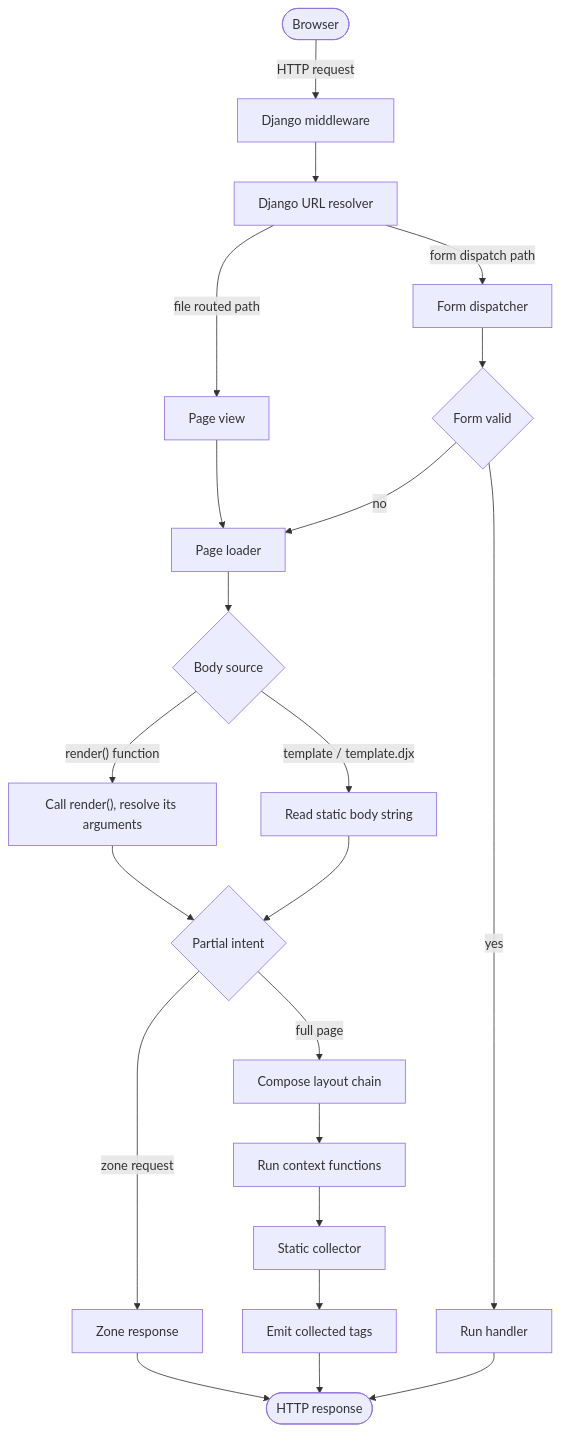
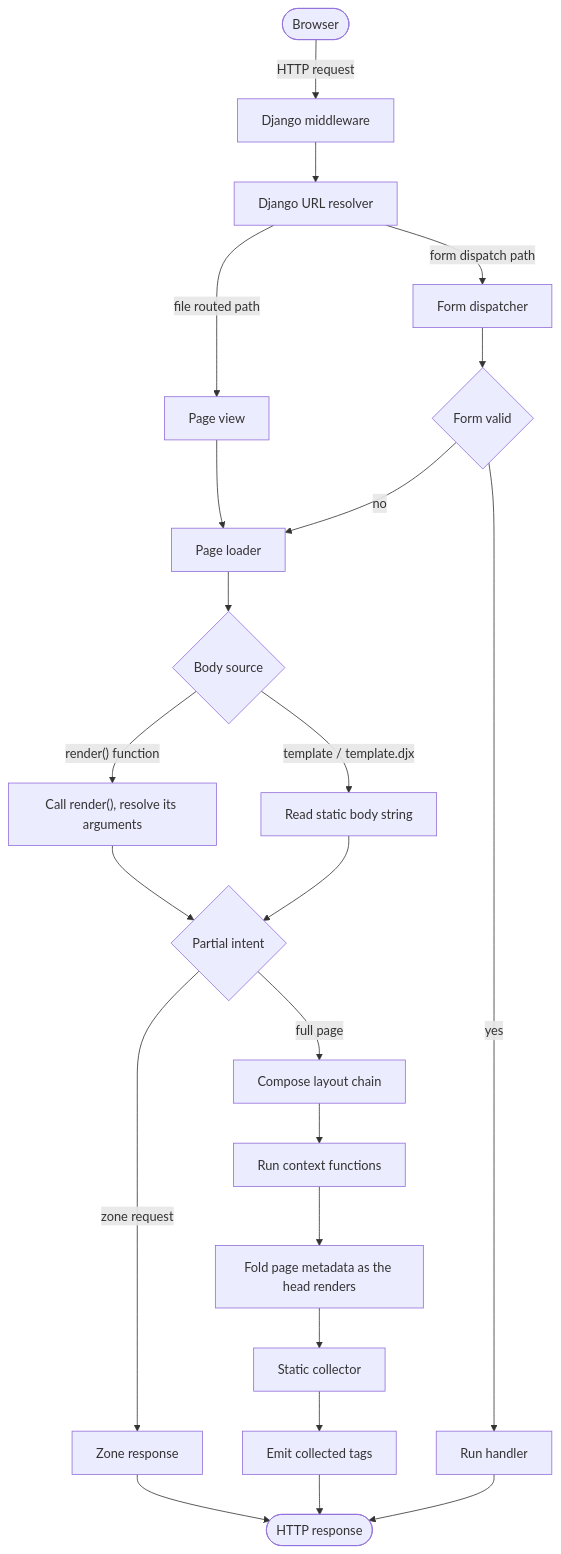
The diagram in docs/content/internals/request-lifecycle.rst (next-dj/next-dj), drawn with Mermaid before and after one commit. The commit also changed other lines of this file and 236 other files, not shown here.

Commit message:
feat(seo): page metadata, sitemap and robots on the page tree

```diff
--- a/docs/content/internals/request-lifecycle.rst
+++ b/docs/content/internals/request-lifecycle.rst
@@ -22,24 +22,25 @@
 .. mermaid::
 
    flowchart TB
        Browser(["Browser"]) -- HTTP request --> Django["Django middleware"]
        Django --> Resolver["Django URL resolver"]
        Resolver -- form dispatch path --> FormDispatch["Form dispatcher"]
        Resolver -- file routed path --> PageView["Page view"]
        PageView --> Loader["Page loader"]
        Loader --> BodySource{"Body source"}
        BodySource -- "render() function" --> RenderFn["Call render(), resolve its arguments"]
        BodySource -- "template / template.djx" --> StaticBody["Read static body string"]
        RenderFn --> ZoneIntent{"Partial intent"}
        StaticBody --> ZoneIntent
        ZoneIntent -- "zone request" --> ZoneResp["Zone response"]
        ZoneResp --> Response
        ZoneIntent -- "full page" --> LayoutChain["Compose layout chain"]
        LayoutChain --> ContextCtx["Run context functions"]
-       ContextCtx --> CollectAssets["Static collector"]
+       ContextCtx --> Metadata["Fold page metadata as the head renders"]
+       Metadata --> CollectAssets["Static collector"]
        CollectAssets --> InjectTags["Emit collected tags"]
        InjectTags --> Response(["HTTP response"])
        FormDispatch --> Validation{"Form valid"}
        Validation -- yes --> Handler["Run handler"]
        Handler --> Response
        Validation -- no --> Loader
```
